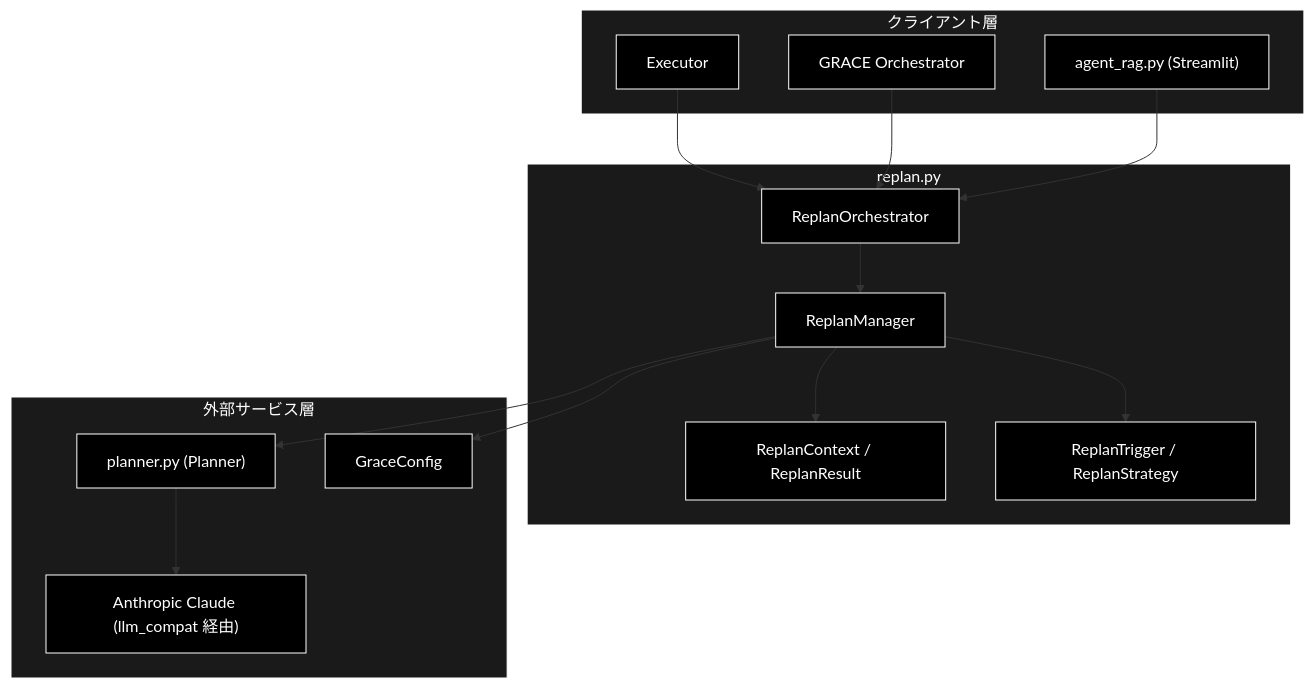
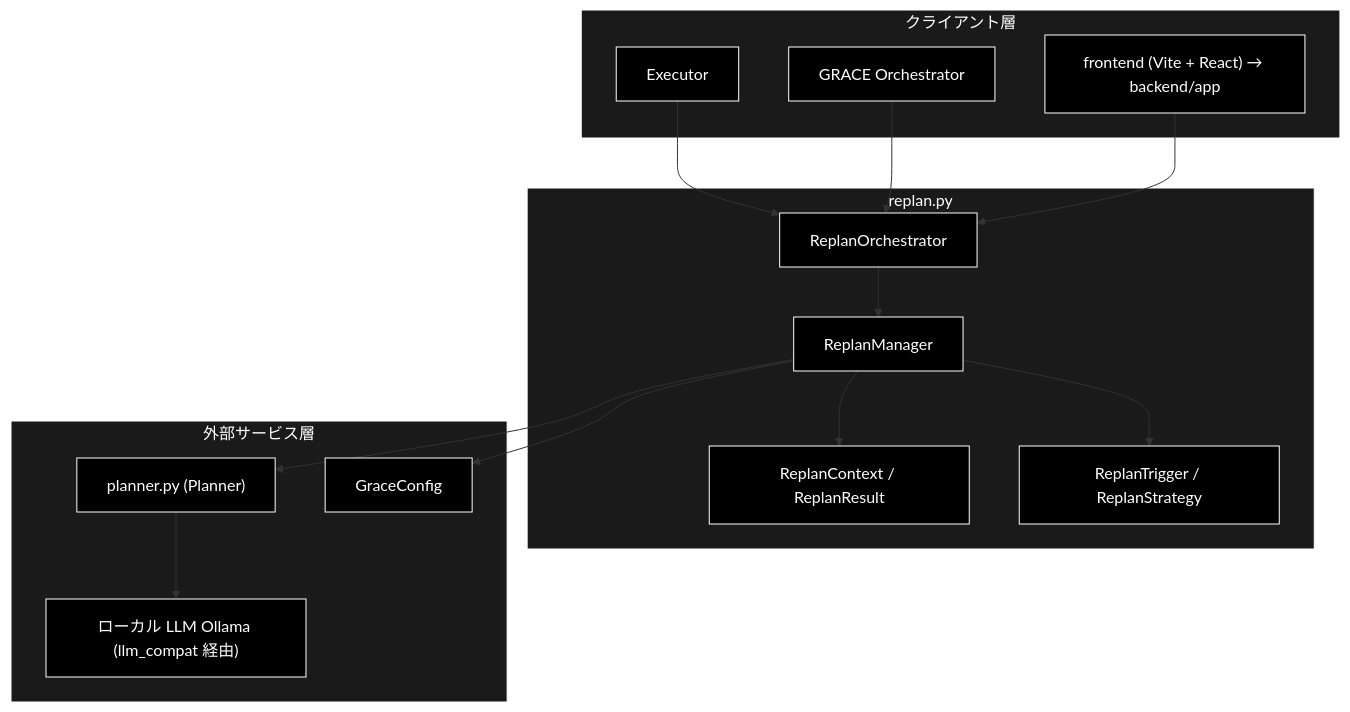
One commit to nakashima2toshio/grace_v2_local changed the first of 3 diagrams in grace/docs/replan.md. Above: the diagram before and after it, drawn with Mermaid. The commit also changed other lines of this file and 6 other files, not shown here.

````diff
--- a/grace/docs/replan.md
+++ b/grace/docs/replan.md
@@ -73,37 +73,37 @@
 ```mermaid
 flowchart TB
     subgraph CLIENT["クライアント層"]
         EXEC["Executor"]
         ORCHESTRATOR["GRACE Orchestrator"]
-        UI["agent_rag.py (Streamlit)"]
+        UI["frontend (Vite + React) → backend/app"]
     end
 
     subgraph MODULE["replan.py"]
         ORCH["ReplanOrchestrator"]
         MGR["ReplanManager"]
         CTX["ReplanContext / ReplanResult"]
         ENUM["ReplanTrigger / ReplanStrategy"]
     end
 
     subgraph EXTERNAL["外部サービス層"]
         PLANNER["planner.py (Planner)"]
-        LLM["Anthropic Claude (llm_compat 経由)"]
+        LLM["ローカル LLM Ollama (llm_compat 経由)"]
         CONFIG["GraceConfig"]
     end
 
     EXEC --> ORCH
     ORCHESTRATOR --> ORCH
     UI --> ORCH
     ORCH --> MGR
     MGR --> CTX
     MGR --> ENUM
     MGR --> PLANNER
     PLANNER --> LLM
     MGR --> CONFIG
 classDef default fill:#000,stroke:#fff,color:#fff
 classDef subgraphStyle fill:#1a1a1a,stroke:#fff,color:#fff
 class EXEC,ORCHESTRATOR,UI,ORCH,MGR,CTX,ENUM,PLANNER,LLM,CONFIG default
 style CLIENT fill:#1a1a1a,stroke:#fff,color:#fff
 style MODULE fill:#1a1a1a,stroke:#fff,color:#fff
 style EXTERNAL fill:#1a1a1a,stroke:#fff,color:#fff
 ```
````
